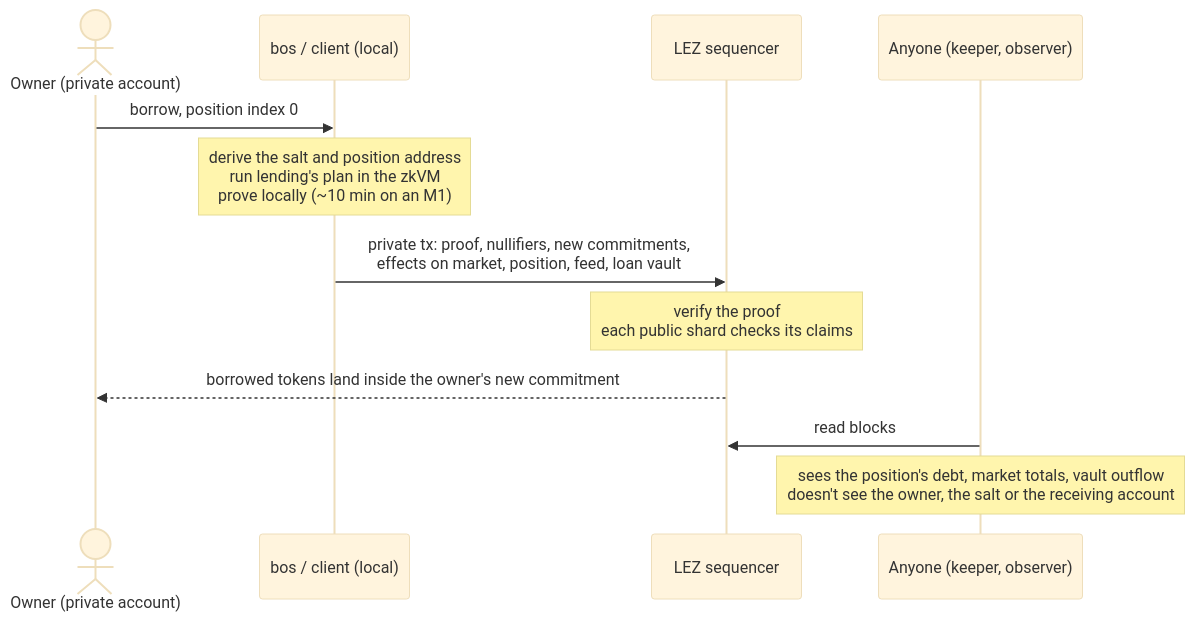
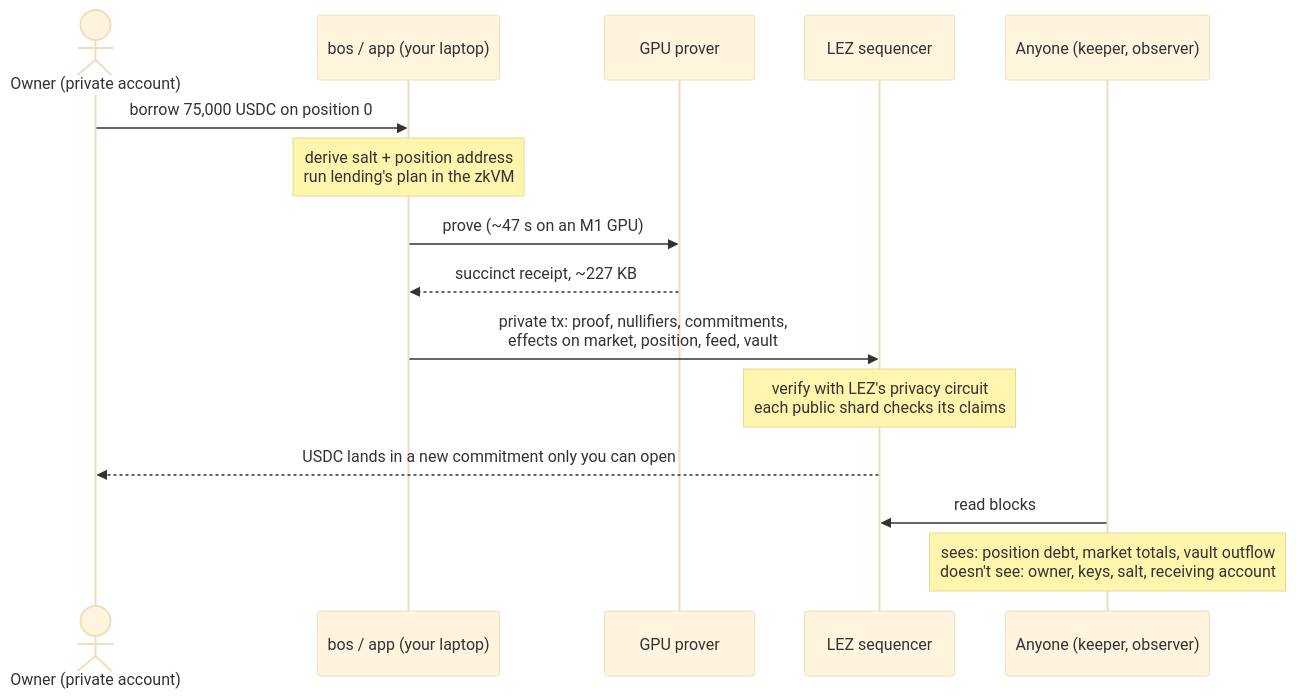
One commit to merkle-groot/bosphorus changed the third of 7 diagrams in README.md. Above: the diagram before and after it, drawn with Mermaid (base theme). The commit also changed other lines of this file and 2 other files, not shown here.

````diff
--- a/README.md
+++ b/README.md
@@ -67,14 +181,17 @@
 ```mermaid
 sequenceDiagram
     actor U as Owner (private account)
-    participant C as bos / client (local)
+    participant C as bos / app (your laptop)
+    participant G as GPU prover
     participant S as LEZ sequencer
     participant O as Anyone (keeper, observer)
-    U->>C: borrow, position index 0
-    Note over C: derive the salt and position address<br/>run lending's plan in the zkVM<br/>prove locally (~10 min on an M1)
-    C->>S: private tx: proof, nullifiers, new commitments,<br/>effects on market, position, feed, loan vault
-    Note over S: verify the proof<br/>each public shard checks its claims
-    S-->>U: borrowed tokens land inside the owner's new commitment
+    U->>C: borrow 75,000 USDC on position 0
+    Note over C: derive salt + position address<br/>run lending's plan in the zkVM
+    C->>G: prove (~47 s on an M1 GPU)
+    G-->>C: succinct receipt, ~227 KB
+    C->>S: private tx: proof, nullifiers, commitments,<br/>effects on market, position, feed, vault
+    Note over S: verify with LEZ's privacy circuit<br/>each public shard checks its claims
+    S-->>U: USDC lands in a new commitment only you can open
     O->>S: read blocks
-    Note over O: sees the position's debt, market totals, vault outflow<br/>doesn't see the owner, the salt or the receiving account
+    Note over O: sees: position debt, market totals, vault outflow<br/>doesn't see: owner, keys, salt, receiving account
 ```
````
